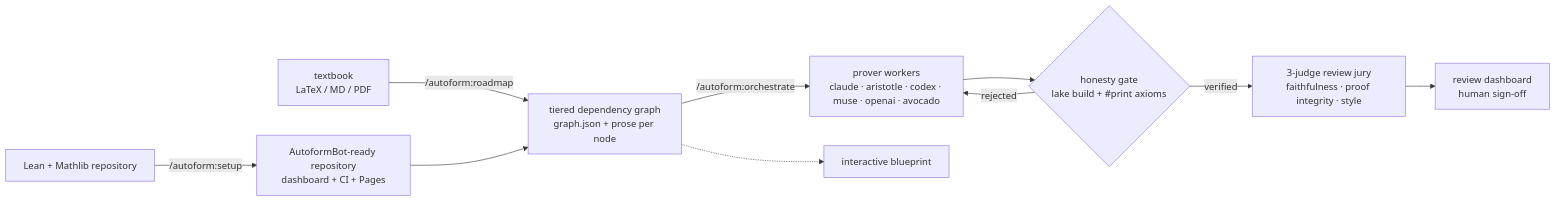
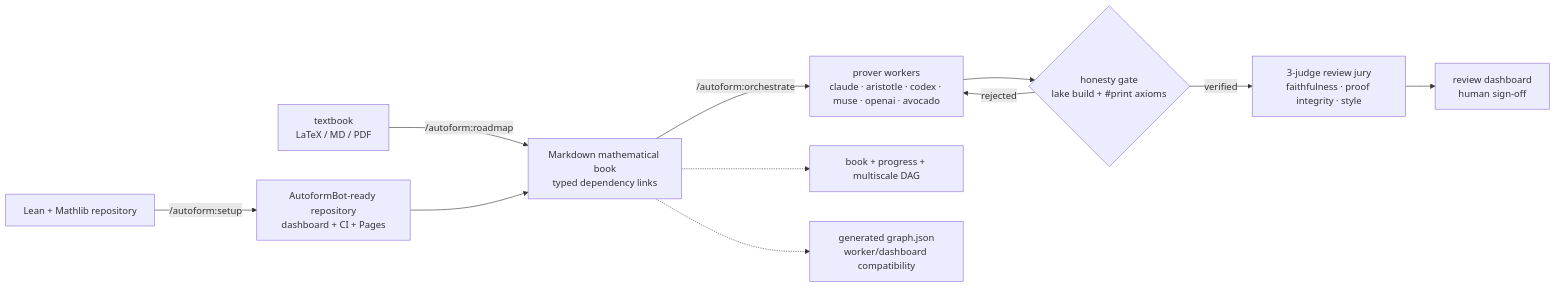
Before and after one commit to VivienCabannes/autoform-bot: the first of 2 diagrams in README.md, drawn with Mermaid. The commit also changed other lines of this file and 73 other files, not shown here.

Commit message:
Integrate Markdown blueprint with worker engine

````diff
--- a/README.md
+++ b/README.md
@@ -24,12 +24,13 @@
 ```mermaid
 flowchart LR
     A[Lean + Mathlib repository] -->|/autoform:setup| R[AutoformBot-ready repository<br/>dashboard + CI + Pages]
-    S[textbook<br/>LaTeX / MD / PDF] -->|/autoform:roadmap| B[tiered dependency graph<br/>graph.json + prose per node]
+    S[textbook<br/>LaTeX / MD / PDF] -->|/autoform:roadmap| B[Markdown mathematical book<br/>typed dependency links]
     R --> B
     B -->|/autoform:orchestrate| C[prover workers<br/>claude · aristotle · codex · muse · openai · avocado]
     C --> D{honesty gate<br/>lake build + #print axioms}
     D -->|rejected| C
     D -->|verified| E[3-judge review jury<br/>faithfulness · proof integrity · style]
     E --> F[review dashboard<br/>human sign-off]
-    B -.-> G[interactive blueprint]
+    B -.-> G[book + progress + multiscale DAG]
+    B -.-> H[generated graph.json<br/>worker/dashboard compatibility]
 ```
````
